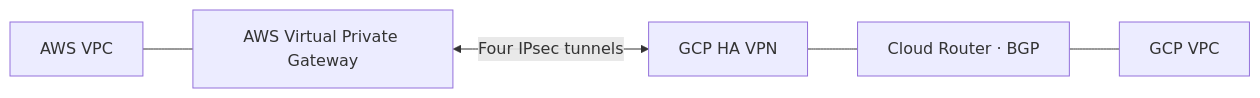
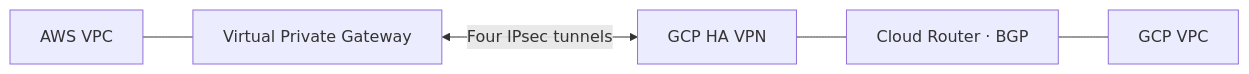
The diagram in README.md (derrickSh43/AWS-GCP-ha-vpn-single-apply), drawn with Mermaid before and after one commit. The commit also changed other lines of this file and 28 other files, not shown here.

````diff
--- a/README.md
+++ b/README.md
@@ -14,7 +5,7 @@
 ```mermaid
 flowchart LR
-    AWS[AWS VPC] --- VGW[AWS Virtual Private Gateway]
+    AWS[AWS VPC] --- VGW[Virtual Private Gateway]
     VGW <-->|Four IPsec tunnels| HA[GCP HA VPN]
     HA --- CR[Cloud Router · BGP]
     CR --- GCP[GCP VPC]
 ```
````
